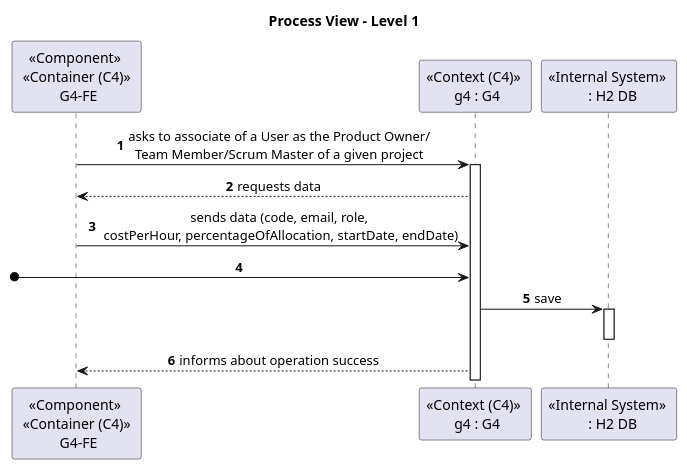
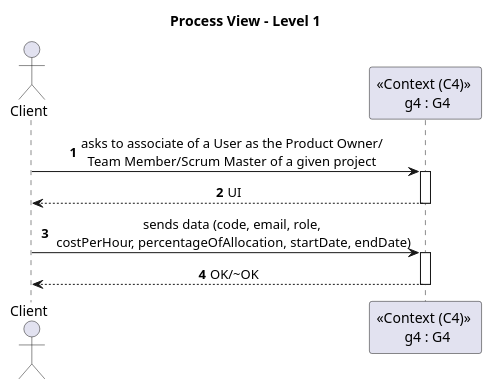
The first of 3 diagrams in docs/architectural_design_model/process_view.puml (Loracline/project_switch_22-23), drawn with PlantUML before and after one commit. The commit also changed other lines of this file and 2 other files, not shown here.

Commit message:
NO US : Update of architectural design model references #675

```diff
--- a/docs/architectural_design_model/process_view.puml
+++ b/docs/architectural_design_model/process_view.puml
@@ -1,24 +1,20 @@
 @startuml
 skinparam sequenceMessageAlign center
 title Process View - Level 1
 
 autonumber
 
-participant "<<Component>> \n <<Container (C4)>> \n G4-FE"
+actor "Client"
 participant "<<Context (C4)>> \n g4 : G4" as be
-participant "<<Internal System>> \n  : H2 DB" as db
 
 
 
-"<<Component>> \n <<Container (C4)>> \n G4-FE" -> be: asks to associate of a User as the Product Owner/\nTeam Member/Scrum Master of a given project
+Client -> be: asks to associate of a User as the Product Owner/\nTeam Member/Scrum Master of a given project
 activate be
-
-be --> "<<Component>> \n <<Container (C4)>> \n G4-FE": requests data
-"<<Component>> \n <<Container (C4)>> \n G4-FE" -> be: sends data (code, email, role,\n costPerHour, percentageOfAllocation, startDate, endDate)
-[o-> be
-be -> db: save
-activate db
-deactivate db
-be --> "<<Component>> \n <<Container (C4)>> \n G4-FE": informs about operation success
-
+be --> Client: UI
+deactivate be
+Client -> be: sends data (code, email, role,\n costPerHour, percentageOfAllocation, startDate, endDate)
+activate be
+be --> Client: OK/~OK
+deactivate be
 @enduml
```
